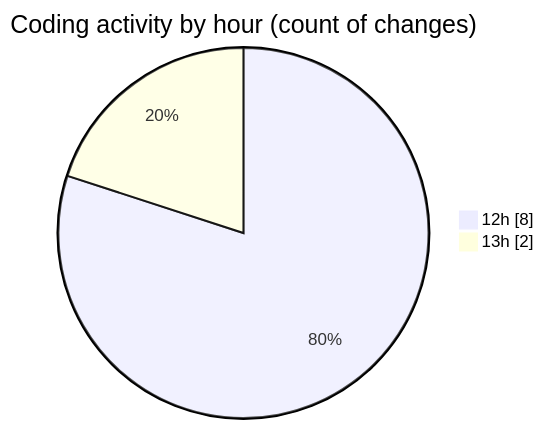
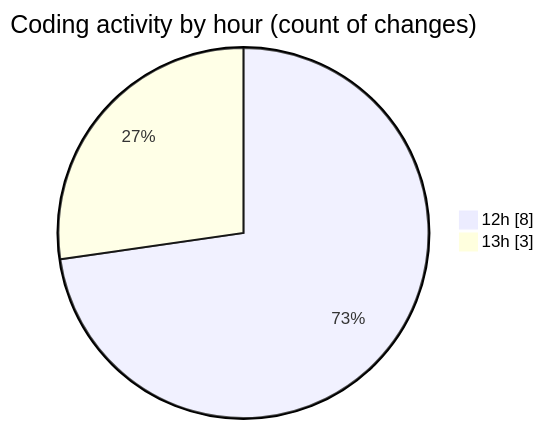
One commit to ricardozamudiocil/code-tracking changed the second of 2 diagrams in 2026-06-09/cilreports__workspace_/README.md. Above: the diagram before and after it, drawn with Mermaid. The commit also changed other lines of this file and 1 other file, not shown here.

````diff
--- a/2026-06-09/cilreports__workspace_/README.md
+++ b/2026-06-09/cilreports__workspace_/README.md
@@ -36,6 +36,6 @@
 ```mermaid
 pie showData
 title Coding activity by hour (count of changes)
 "12h" : 8
-"13h" : 2
+"13h" : 3
 ```
````
